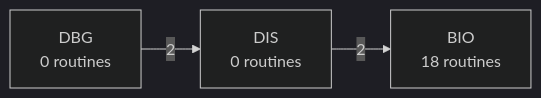
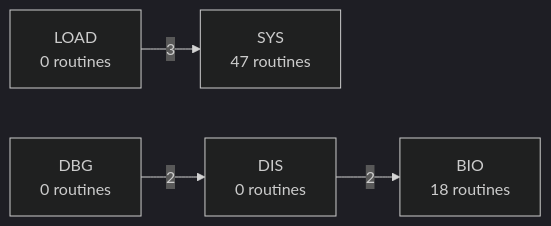
Before and after one commit to 95westus/R-YORS: the fourth of 7 diagrams in DOC/GENERATED/ROUTINE_PREFIX_MAP.md, drawn with Mermaid (dark theme). The commit also changed other lines of this file and 53 other files, not shown here.

````diff
--- a/DOC/GENERATED/ROUTINE_PREFIX_MAP.md
+++ b/DOC/GENERATED/ROUTINE_PREFIX_MAP.md
@@ -64,5 +64,6 @@
 ```mermaid
 flowchart LR
+    P_LOAD["LOAD<br/>0 routines"] -->|3| P_SYS["SYS<br/>47 routines"]
     P_DBG["DBG<br/>0 routines"] -->|2| P_DIS["DIS<br/>0 routines"]
     P_DIS["DIS<br/>0 routines"] -->|2| P_BIO["BIO<br/>18 routines"]
 ```
````
